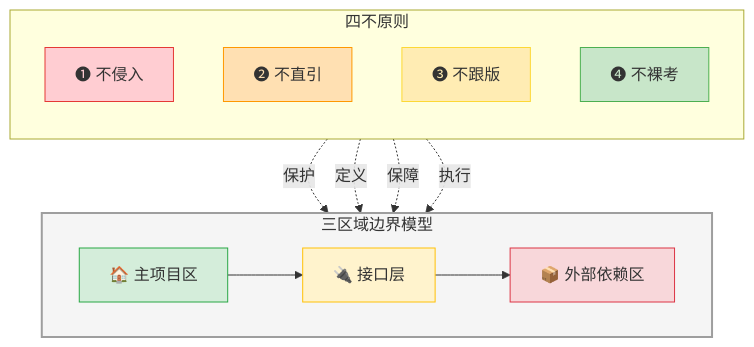
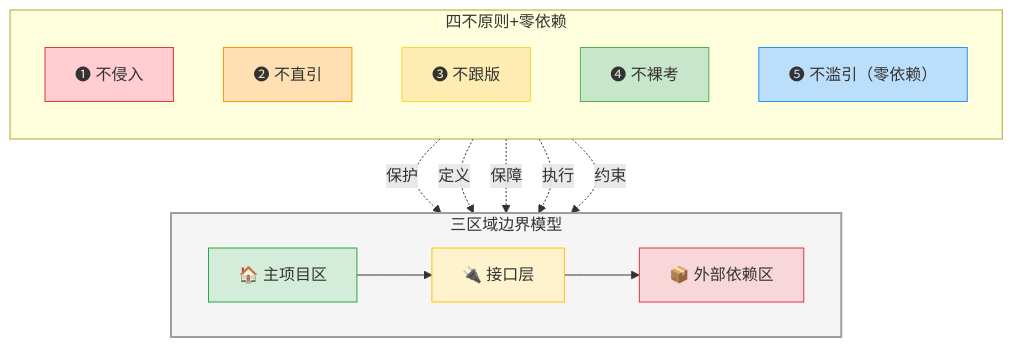
Before and after one commit to xinetzone/SpecWeave: the third of 4 diagrams in docs/retrospective/patterns/methodology-patterns/governance-strategy/four-negatives-external-dependency.md, drawn with Mermaid. The commit also changed other lines of this file and 16 other files, not shown here.

````diff
--- a/docs/retrospective/patterns/methodology-patterns/governance-strategy/four-negatives-external-dependency.md
+++ b/docs/retrospective/patterns/methodology-patterns/governance-strategy/four-negatives-external-dependency.md
@@ -105,29 +150,32 @@
 ```mermaid
 flowchart TB
     subgraph THREE["三区域边界模型"]
         direction LR
         Z1["🏠 主项目区"]
         Z2["🔌 接口层"]
         Z3["📦 外部依赖区"]
         Z1 --> Z2 --> Z3
     end
-    subgraph FOUR["四不原则"]
+    subgraph FOUR["四不原则+零依赖"]
         direction TB
         N1["❶ 不侵入"]
         N2["❷ 不直引"]
         N3["❸ 不跟版"]
         N4["❹ 不裸考"]
+        N5["❺ 不滥引（零依赖）"]
     end
     N1 -.->|"保护"| Z3
     N2 -.->|"定义"| Z2
     N3 -.->|"保障"| Z1
     N4 -.->|"执行"| Z2
+    N5 -.->|"约束"| Z1
     style THREE fill:#f5f5f5,stroke:#9e9e9e,stroke-width:2px
     style Z1 fill:#d4edda,stroke:#28a745
     style Z2 fill:#fff3cd,stroke:#ffc107
     style Z3 fill:#f8d7da,stroke:#dc3545
     style N1 fill:#ffcdd2,stroke:#e53935
     style N2 fill:#ffe0b2,stroke:#ff9800
     style N3 fill:#ffecb3,stroke:#fdd835
     style N4 fill:#c8e6c9,stroke:#4caf50
+    style N5 fill:#bbdefb,stroke:#2196f3
 ```
````
